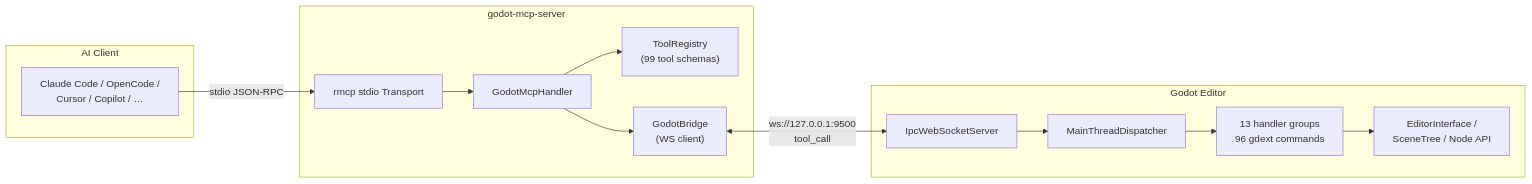
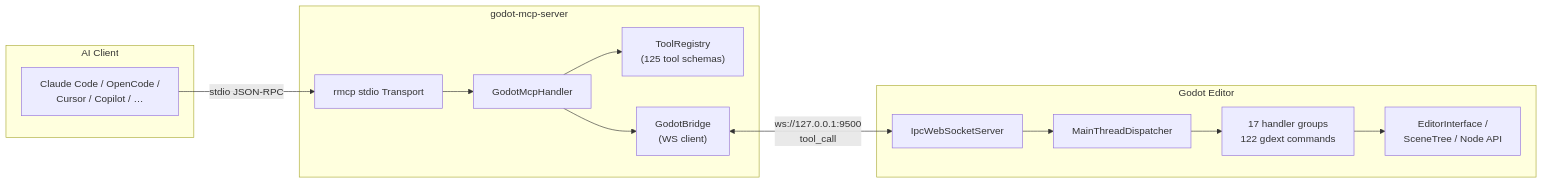
One commit to jesspig/GodotMCP-GDExtension changed the diagram in README.md. Above: the diagram before and after it, drawn with Mermaid. The commit also changed other lines of this file and 2 other files, not shown here.

````diff
--- a/README.md
+++ b/README.md
@@ -13,29 +13,29 @@
 ```mermaid
 graph LR
     subgraph AI["AI Client"]
         Client["Claude Code / OpenCode /<br/>Cursor / Copilot / …"]
     end
 
     subgraph ServerProc["godot-mcp-server"]
         Stdio["rmcp stdio Transport"]
         Handler["GodotMcpHandler"]
-        Registry["ToolRegistry<br/>(99 tool schemas)"]
+        Registry["ToolRegistry<br/>(125 tool schemas)"]
         Bridge["GodotBridge<br/>(WS client)"]
     end
 
     subgraph GodotProc["Godot Editor"]
         WS["IpcWebSocketServer"]
         Dispatcher["MainThreadDispatcher"]
-        Commands["13 handler groups<br/>96 gdext commands"]
+        Commands["17 handler groups<br/>122 gdext commands"]
         Editor["EditorInterface /<br/>SceneTree / Node API"]
     end
 
     Client -->|stdio JSON-RPC| Stdio
     Stdio --> Handler
     Handler --> Registry
     Handler --> Bridge
     Bridge <-->|ws://127.0.0.1:9500<br/>tool_call| WS
     WS --> Dispatcher
     Dispatcher --> Commands
     Commands --> Editor
 ```
````
